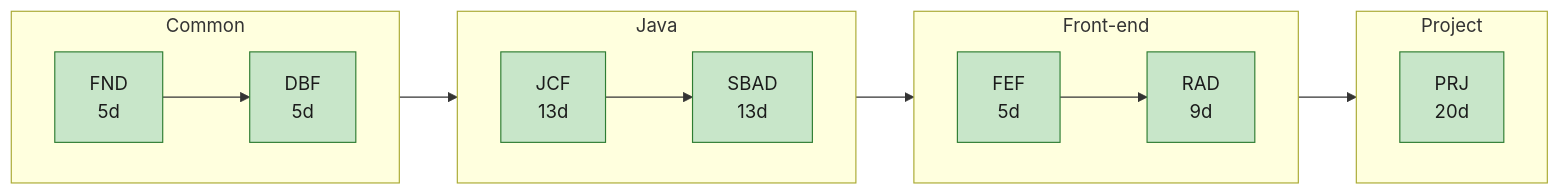
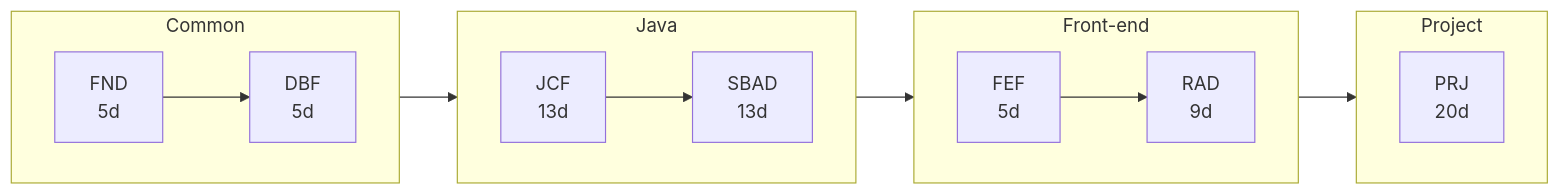
Before and after one commit to phuongbv00/fsa-fr-java-jsks: the diagram in docs/index.md, drawn with Mermaid. The commit also changed other lines of this file and 67 other files, not shown here.

````diff
--- a/docs/index.md
+++ b/docs/index.md
@@ -9,37 +9,35 @@
 ```mermaid
 flowchart LR
     subgraph Common["Common"]
         direction LR
         FND["FND<br/>5d"]
         DBF["DBF<br/>5d"]
     end
     subgraph Java["Java"]
         direction LR
         JCF["JCF<br/>13d"]
         SBAD["SBAD<br/>13d"]
     end
     subgraph Front_end["Front-end"]
         direction LR
         FEF["FEF<br/>5d"]
         RAD["RAD<br/>9d"]
     end
     subgraph Project["Project"]
         direction LR
         PRJ["PRJ<br/>20d"]
     end
     FND --> DBF
     DBF --> JCF
     JCF --> SBAD
     SBAD --> FEF
     FEF --> RAD
     RAD --> PRJ
     click FND "fnd/index.md"
     click DBF "dbf/index.md"
     click JCF "jcf/index.md"
     click SBAD "sbad/index.md"
     click FEF "fef/index.md"
     click RAD "rad/index.md"
     click PRJ "prj/index.md"
-    classDef ready fill:#c8e6c9,stroke:#2e7d32,color:#1b1b1b;
-    class FND,DBF,JCF,SBAD,FEF,RAD,PRJ ready;
 ```
````
